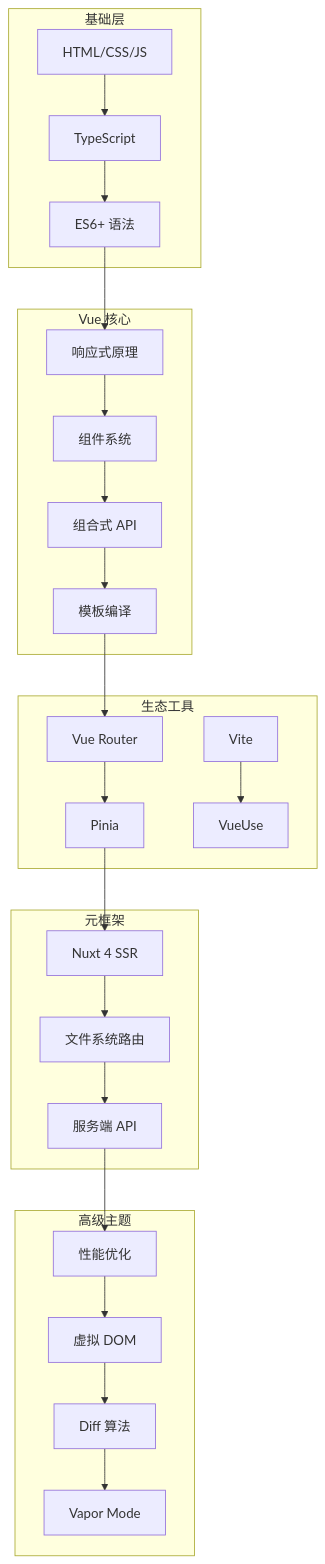
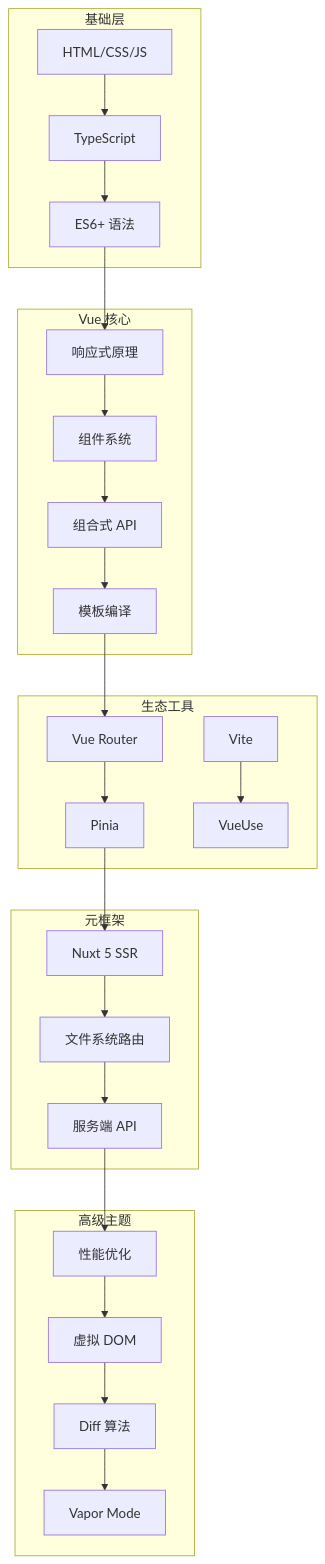
Before and after one commit to KMaybe01/common: the second of 47 diagrams in S2-框架深入/02-Vue3.md, drawn with Mermaid. The commit also changed other lines of this file and 25 other files, not shown here.

````diff
--- a/S2-框架深入/02-Vue3.md
+++ b/S2-框架深入/02-Vue3.md
@@ -55,34 +55,34 @@
 ```mermaid
 flowchart TB
     subgraph 基础层
         A1["HTML/CSS/JS"] --> A2["TypeScript"]
         A2 --> A3["ES6+ 语法"]
     end
 
     subgraph Vue 核心
         B1["响应式原理"] --> B2["组件系统"]
         B2 --> B3["组合式 API"]
         B3 --> B4["模板编译"]
     end
 
     subgraph 生态工具
         C1["Vue Router"] --> C2["Pinia"]
         C3["Vite"] --> C4["VueUse"]
     end
 
     subgraph 元框架
-        D1["Nuxt 4 SSR"] --> D2["文件系统路由"]
+        D1["Nuxt 5 SSR"] --> D2["文件系统路由"]
         D2 --> D3["服务端 API"]
     end
 
     subgraph 高级主题
         E1["性能优化"] --> E2["虚拟 DOM"]
         E2 --> E3["Diff 算法"]
         E3 --> E4["Vapor Mode"]
     end
 
     A3 --> B1
     B4 --> C1
     C2 --> D1
     D3 --> E1
 ```
````
